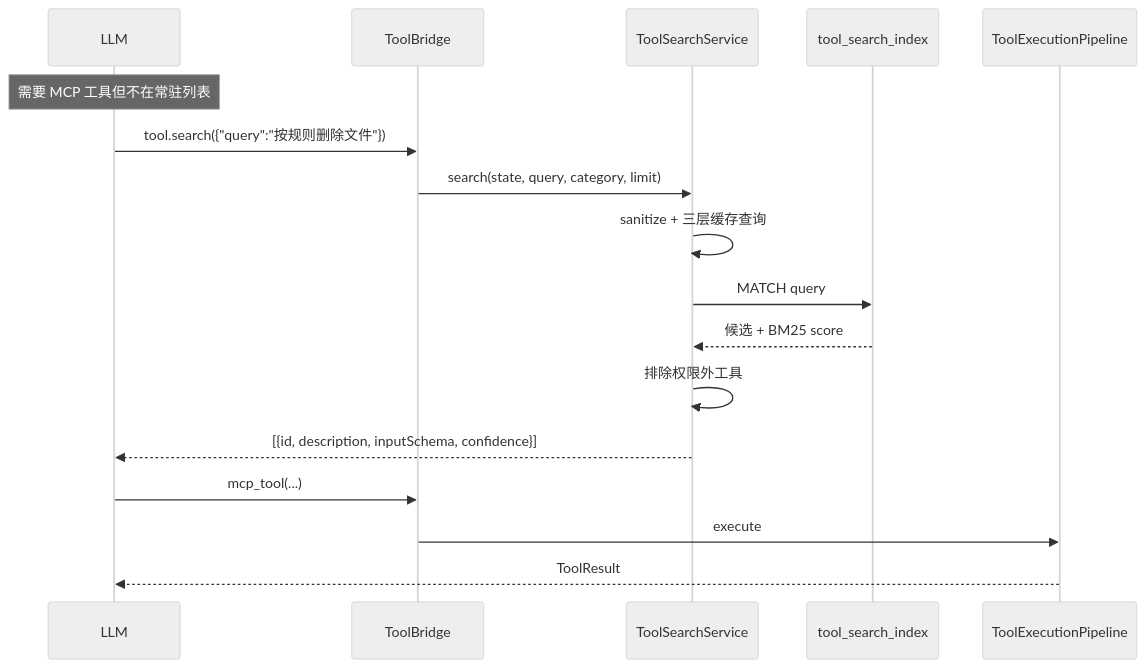
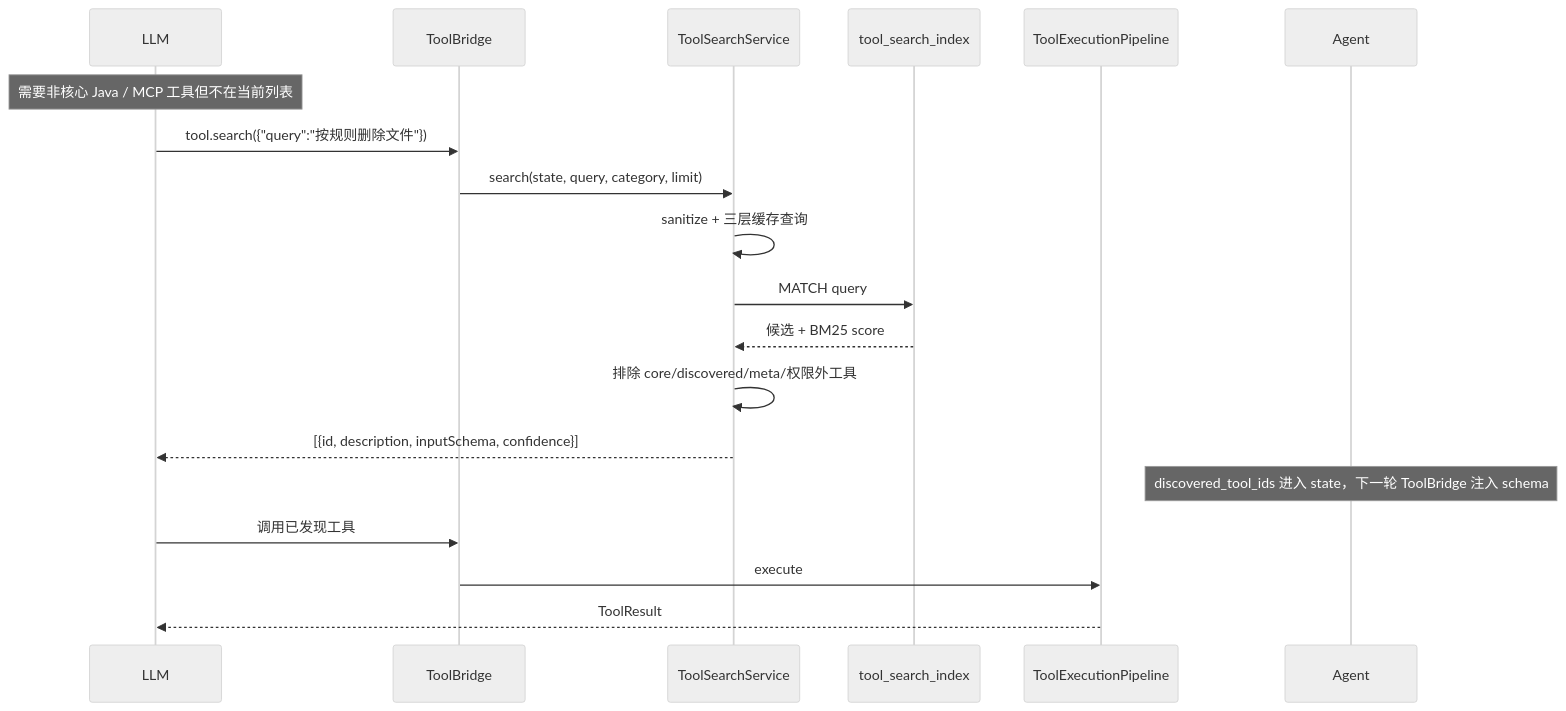
The third of 3 diagrams in docs/architecture/tool-ecosystem.md (ntygod/LifePilot), drawn with Mermaid (neutral theme) before and after one commit. The commit also changed other lines of this file and 385 other files, not shown here.

````diff
--- a/docs/architecture/tool-ecosystem.md
+++ b/docs/architecture/tool-ecosystem.md
@@ -168,20 +164,21 @@
 ```mermaid
 sequenceDiagram
     participant LLM as LLM
     participant BR as ToolBridge
     participant SS as ToolSearchService
     participant FTS as tool_search_index
     participant P as ToolExecutionPipeline
 
-    Note over LLM: 需要 MCP 工具但不在常驻列表
+    Note over LLM: 需要非核心 Java / MCP 工具但不在当前列表
     LLM->>BR: tool.search({"query":"按规则删除文件"})
     BR->>SS: search(state, query, category, limit)
     SS->>SS: sanitize + 三层缓存查询
     SS->>FTS: MATCH query
     FTS-->>SS: 候选 + BM25 score
-    SS->>SS: 排除权限外工具
+    SS->>SS: 排除 core/discovered/meta/权限外工具
     SS-->>LLM: [{id, description, inputSchema, confidence}]
-    LLM->>BR: mcp_tool(...)
+    Note over Agent: discovered_tool_ids 进入 state，下一轮 ToolBridge 注入 schema
+    LLM->>BR: 调用已发现工具
     BR->>P: execute
     P-->>LLM: ToolResult
 ```
````
